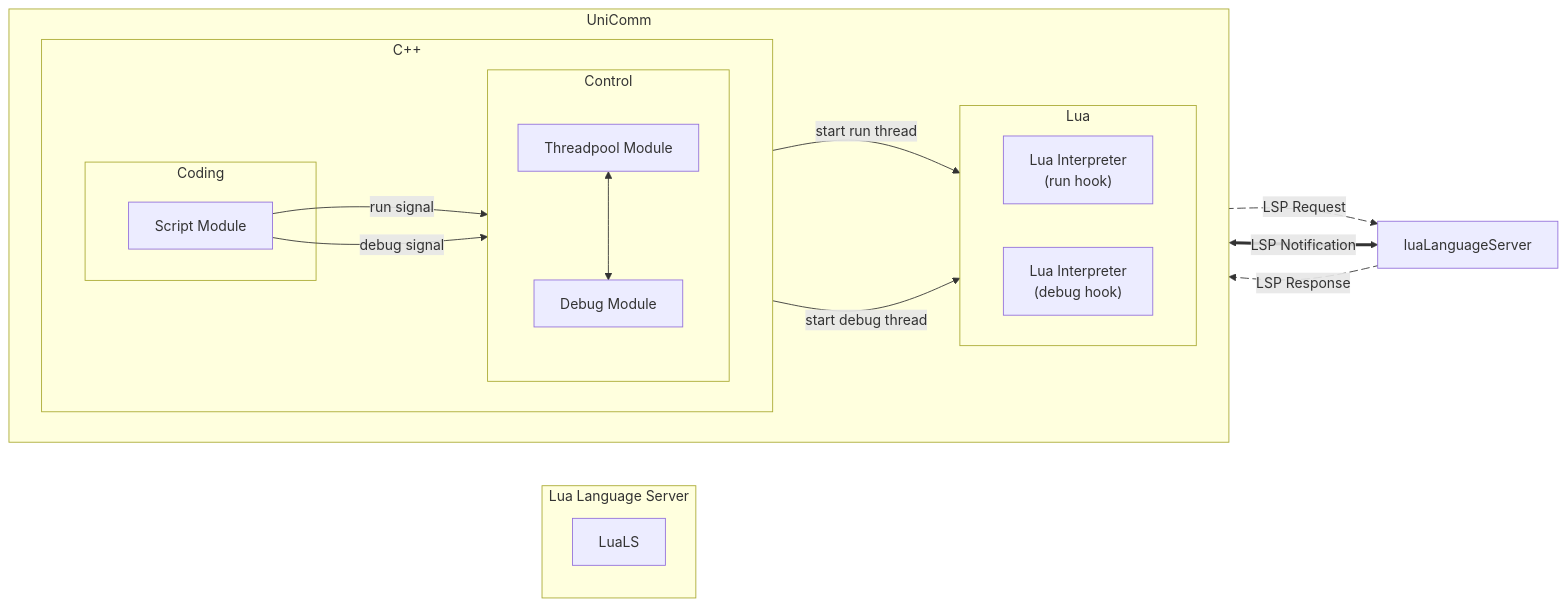
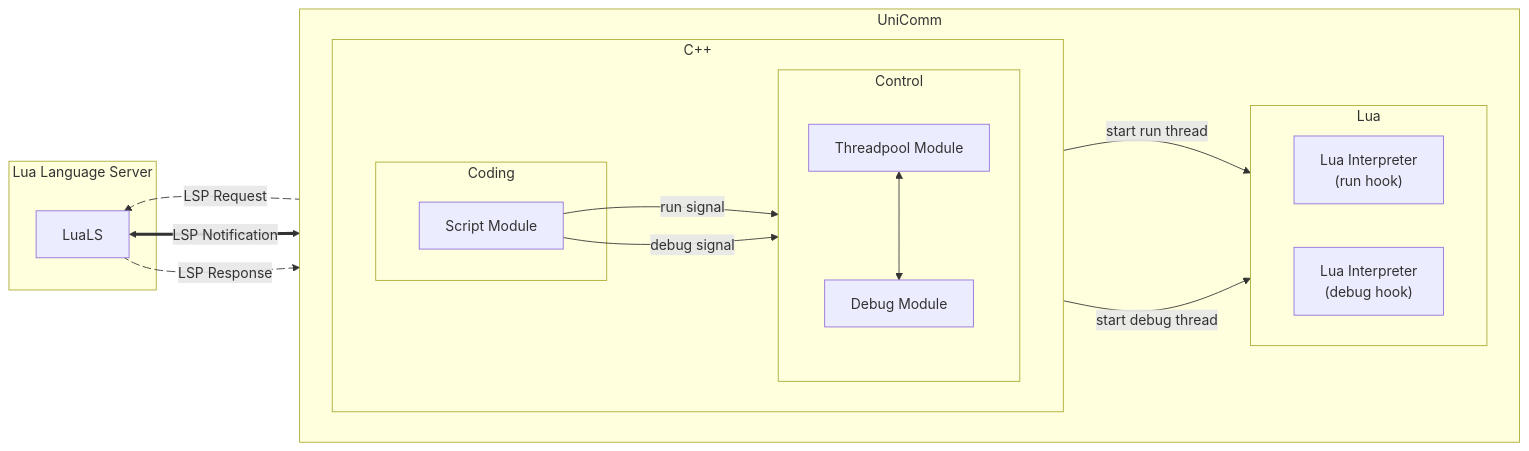
Before and after one commit to zyt20001205/UniComm2: the first of 5 diagrams in readme.md, drawn with Mermaid.

Commit message:
final testing: readme update

````diff
--- a/readme.md
+++ b/readme.md
@@ -30,42 +30,45 @@
 ```mermaid
-flowchart LR
+flowchart RL
     subgraph Lua Language Server
         LuaLS[LuaLS]
     end
 
     subgraph UniComm
         direction LR
         subgraph C++
             direction LR
 
             subgraph Coding
                 scriptModule[Script Module]
             end
 
             subgraph Control
                 threadpoolModule[Threadpool Module]
                 debugModule[Debug Module]
             end
 
         end
 
         subgraph Lua
             direction LR
             luaInterpreterRun["Lua Interpreter\n(run hook)"]
             luaInterpreterDebug["Lua Interpreter\n(debug hook)"]
         end
 
     end
 
-    scriptModule e1@ -->|LSP Request| luaLanguageServer
-    scriptModule <==>|LSP Notification| luaLanguageServer
-    luaLanguageServer e2@ -->|LSP Response| scriptModule
+%%    UniComm -->|LSP Request| LuaLS
+%%    LuaLS <==>|LSP Notification| UniComm
+%%    LuaLS  -->|LSP Response| UniComm
+    UniComm e1@ -->|LSP Request| LuaLS
+    LuaLS <==>|LSP Notification| UniComm
+    LuaLS e2@ -->|LSP Response| UniComm
     e1@{animate: true}
     e2@{animate: true}
     scriptModule -->|run signal| Control
     scriptModule -->|debug signal| Control
     threadpoolModule <--> debugModule
     Control -->|start run thread| luaInterpreterRun
     Control -->|start debug thread| luaInterpreterDebug
 
 ```
````
